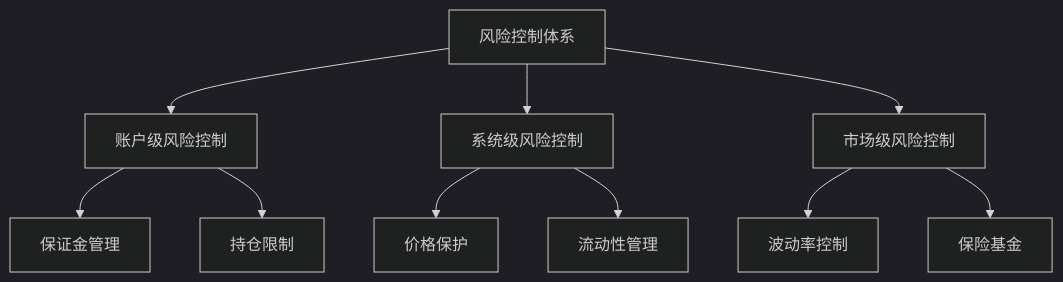
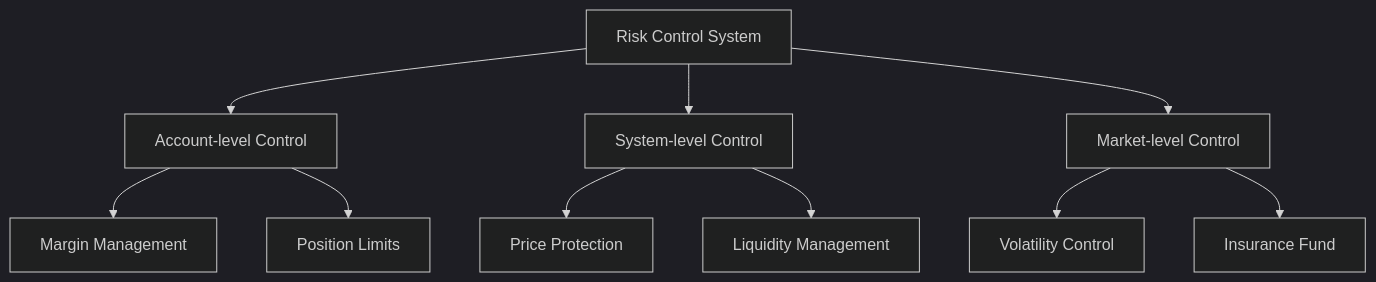
One commit to OlendDAO/TriplexDoc changed the diagram in content/zh-SG/perpsDoc/risk.mdx. Above: the diagram before and after it, drawn with Mermaid (dark theme). The commit also changed other lines of this file and 30 other files, not shown here.

````diff
--- a/content/zh-SG/perpsDoc/risk.mdx
+++ b/content/zh-SG/perpsDoc/risk.mdx
@@ -7,12 +7,12 @@
 ```mermaid
 graph TD
-    A[风险控制体系] --> B[账户级风险控制]
-    A --> C[系统级风险控制]
-    A --> D[市场级风险控制]
-    B --> E[保证金管理]
-    B --> F[持仓限制]
-    C --> G[价格保护]
-    C --> H[流动性管理]
-    D --> I[波动率控制]
-    D --> J[保险基金]
+    A[Risk Control System] --> B[Account-level Control]
+    A --> C[System-level Control]
+    A --> D[Market-level Control]
+    B --> E[Margin Management]
+    B --> F[Position Limits]
+    C --> G[Price Protection]
+    C --> H[Liquidity Management]
+    D --> I[Volatility Control]
+    D --> J[Insurance Fund]
 ```
````
